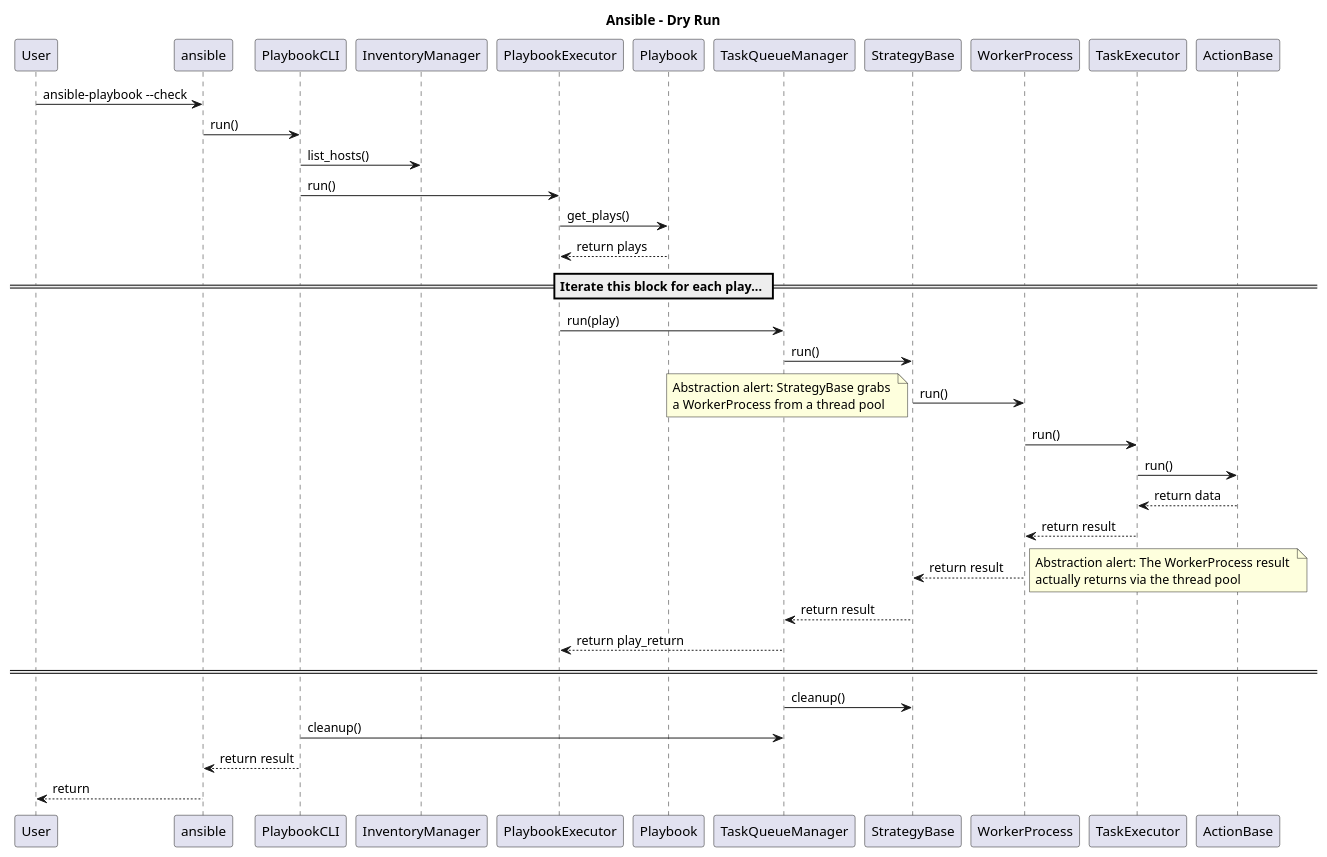
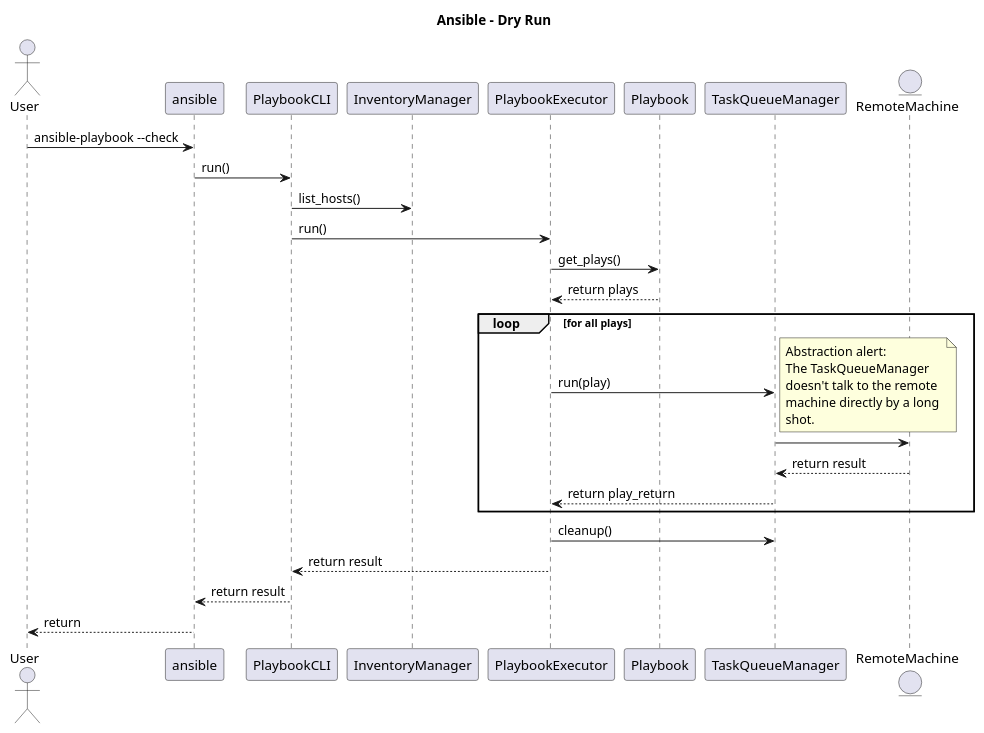
The diagram in project/uml/SequenceDiagram/DryRun.puml (ezequiels/nazz), drawn with PlantUML before and after one commit. The commit also changed 1 other file, not shown here.

Commit message:
Additional diagrams

```diff
--- a/project/uml/SequenceDiagram/DryRun.puml
+++ b/project/uml/SequenceDiagram/DryRun.puml
@@ -1,28 +1,24 @@
 @startuml
 title Ansible - Dry Run
+
+actor User
 User->ansible:ansible-playbook --check
 ansible->PlaybookCLI: run()
 PlaybookCLI->InventoryManager: list_hosts()
 PlaybookCLI->PlaybookExecutor:run()
 PlaybookExecutor->Playbook:get_plays()
 Playbook-->PlaybookExecutor: return plays
-== Iterate this block for each play... ==
-PlaybookExecutor->TaskQueueManager:run(play)
-TaskQueueManager->StrategyBase: run()
-StrategyBase->WorkerProcess: run()
-note left: Abstraction alert: StrategyBase grabs \na WorkerProcess from a thread pool
-WorkerProcess->TaskExecutor: run()
-TaskExecutor->ActionBase: run()
-ActionBase-->TaskExecutor: return data
-TaskExecutor-->WorkerProcess: return result
-WorkerProcess-->StrategyBase: return result
-note right: Abstraction alert: The WorkerProcess result \nactually returns via the thread pool
-StrategyBase-->TaskQueueManager: return result
-TaskQueueManager-->PlaybookExecutor: return play_return
-== ==
-TaskQueueManager-> StrategyBase: cleanup()
-PlaybookCLI->TaskQueueManager: cleanup()
+loop for all plays
+    PlaybookExecutor->TaskQueueManager:run(play)
+    entity RemoteMachine
+    note right: Abstraction alert: \nThe TaskQueueManager \ndoesn't talk to the remote \nmachine directly by a long \nshot.
+    TaskQueueManager->RemoteMachine
+    RemoteMachine-->TaskQueueManager: return result
+    TaskQueueManager-->PlaybookExecutor: return play_return
+end
+PlaybookExecutor->TaskQueueManager: cleanup()
+PlaybookExecutor-->PlaybookCLI: return result
 PlaybookCLI-->ansible: return result
 ansible-->User: return
 
 @enduml
```
